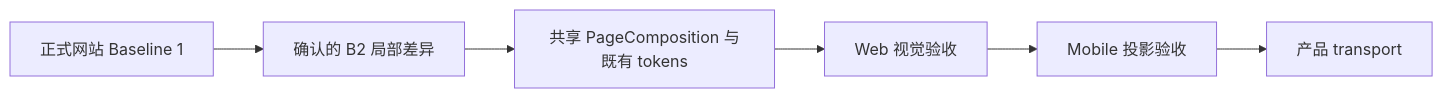
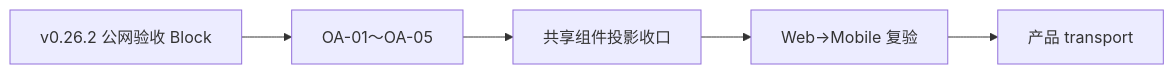
The diagram in docs/iterations/current.md (Chizheng4/xingbuild), drawn with Mermaid before and after one commit. The commit also changed other lines of this file and 19 other files, not shown here.

````diff
--- a/docs/iterations/current.md
+++ b/docs/iterations/current.md
@@ -15,8 +15,7 @@
 ```mermaid
 flowchart LR
-  A[正式网站 Baseline 1] --> B[确认的 B2 局部差异]
-  B --> C[共享 PageComposition 与既有 tokens]
-  C --> D[Web 视觉验收]
-  D --> E[Mobile 投影验收]
-  E --> F[产品 transport]
+  A[v0.26.2 公网验收 Block] --> B[OA-01～OA-05]
+  B --> C[共享组件投影收口]
+  C --> D[Web→Mobile 复验]
+  D --> E[产品 transport]
 ```
````
